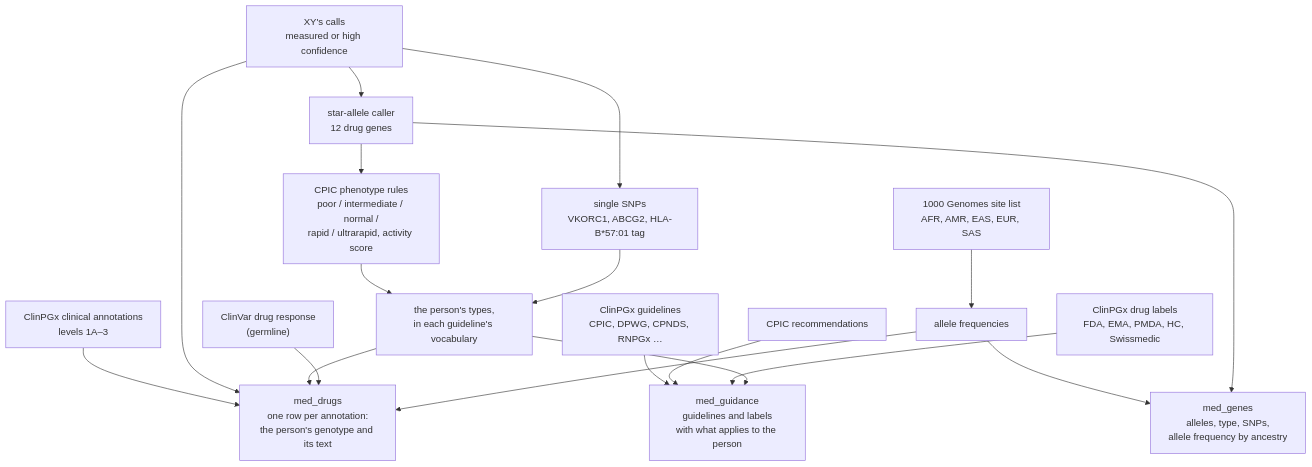
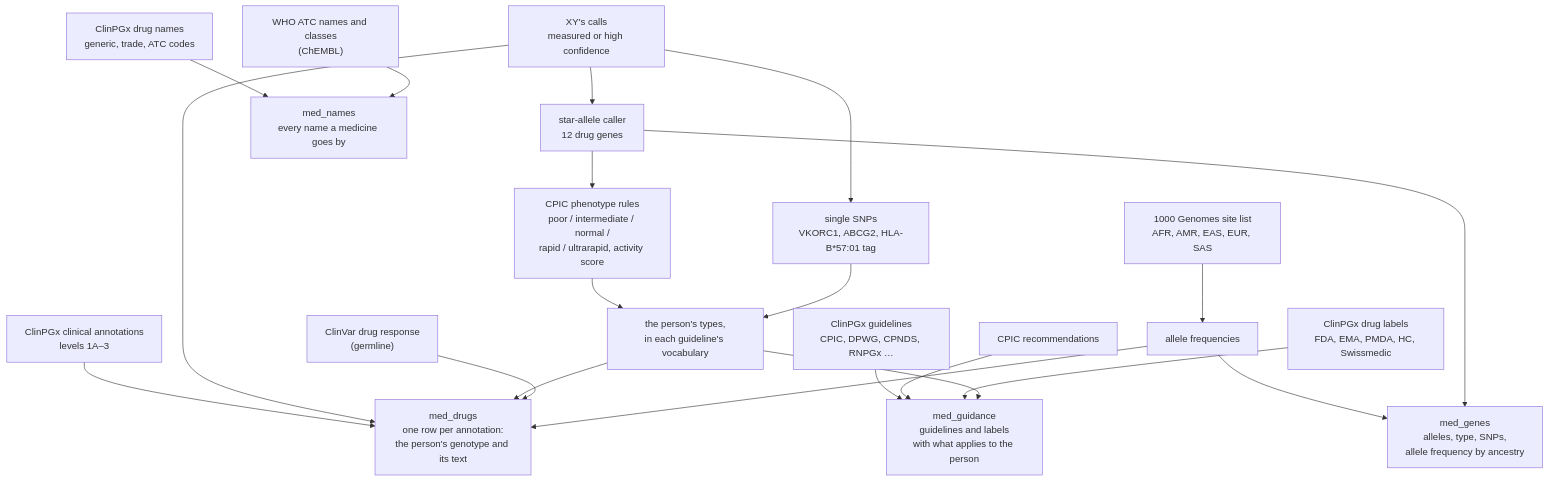
One commit to Lyceriuss/DNA-Analyzer changed the first of 3 diagrams in docs/architecture/medicines.md. Above: the diagram before and after it, drawn with Mermaid. The commit also changed other lines of this file and 9 other files, not shown here.

````diff
--- a/docs/architecture/medicines.md
+++ b/docs/architecture/medicines.md
@@ -13,22 +13,25 @@
 ```mermaid
 flowchart TB
     CALLS["XY's calls<br/>measured or high confidence"] --> STAR["star-allele caller<br/>12 drug genes"]
     STAR --> PHEN["CPIC phenotype rules<br/>poor / intermediate / normal /<br/>rapid / ultrarapid, activity score"]
     CALLS --> SNP["single SNPs<br/>VKORC1, ABCG2, HLA-B*57:01 tag"]
     PHEN & SNP --> TYPES["the person's types,<br/>in each guideline's vocabulary"]
 
     CA["ClinPGx clinical annotations<br/>levels 1A–3"] --> DRUGS
     CALLS --> DRUGS["med_drugs<br/>one row per annotation:<br/>the person's genotype and its text"]
     TYPES --> DRUGS
     CVR["ClinVar drug response<br/>(germline)"] --> DRUGS
 
     GL["ClinPGx guidelines<br/>CPIC, DPWG, CPNDS, RNPGx …"] --> GUIDE
     CPR["CPIC recommendations"] --> GUIDE
     LB["ClinPGx drug labels<br/>FDA, EMA, PMDA, HC, Swissmedic"] --> GUIDE
     TYPES --> GUIDE["med_guidance<br/>guidelines and labels<br/>with what applies to the person"]
 
     KG["1000 Genomes site list<br/>AFR, AMR, EAS, EUR, SAS"] --> FREQ["allele frequencies"]
     FREQ --> GENES["med_genes<br/>alleles, type, SNPs,<br/>allele frequency by ancestry"]
     STAR --> GENES
     FREQ --> DRUGS
+
+    DN["ClinPGx drug names<br/>generic, trade, ATC codes"] --> NAMES["med_names<br/>every name a medicine goes by"]
+    ATC["WHO ATC names and classes<br/>(ChEMBL)"] --> NAMES
 ```
````
